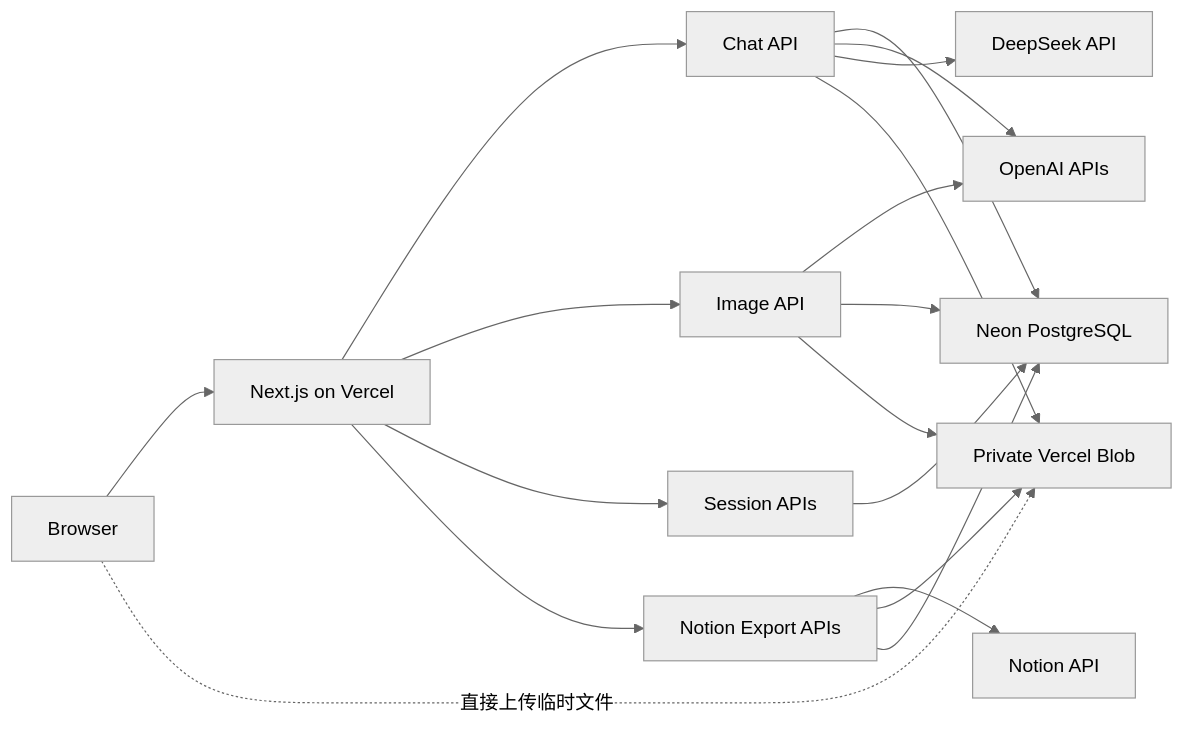
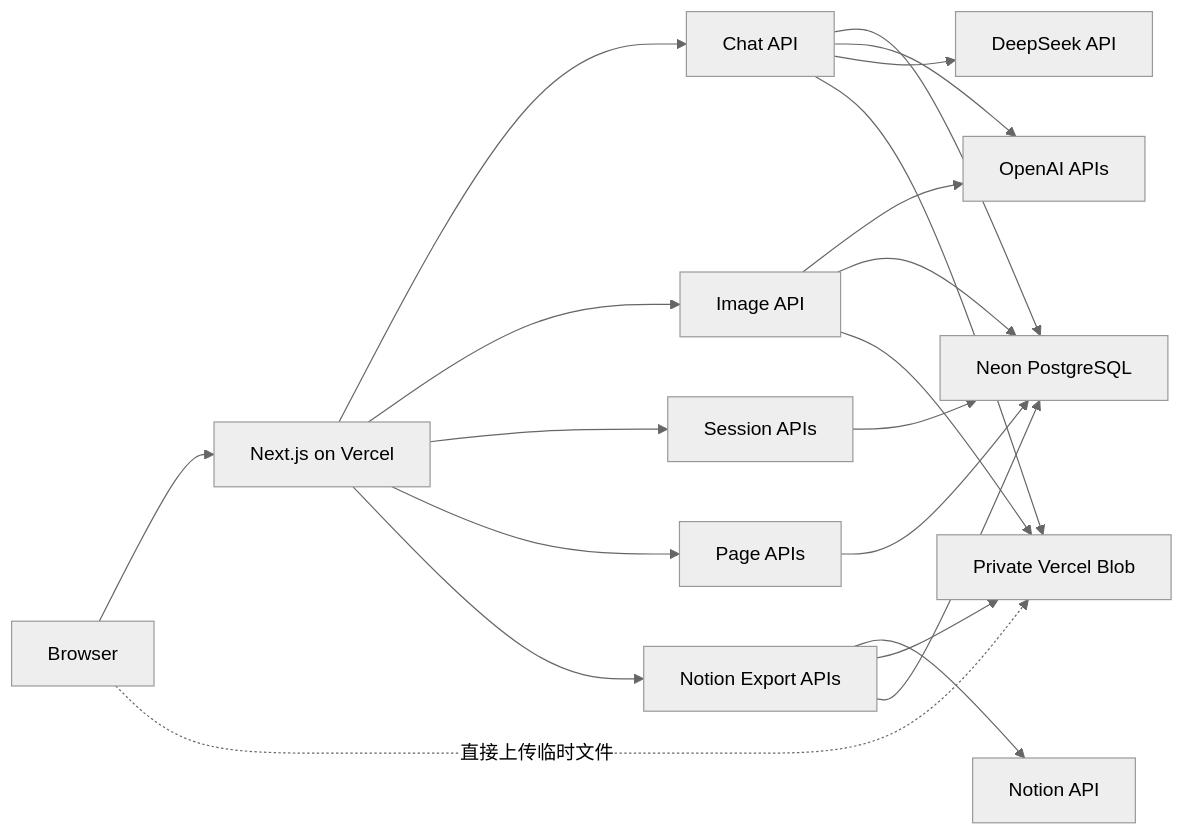
The diagram in docs/architecture/README.md (kakumine2001/NoteFable), drawn with Mermaid (neutral theme) before and after one commit. The commit also changed other lines of this file and 24 other files, not shown here.

````diff
--- a/docs/architecture/README.md
+++ b/docs/architecture/README.md
@@ -26,32 +27,35 @@
 ```mermaid
 flowchart LR
     Browser["Browser"]
     App["Next.js on Vercel"]
     Chat["Chat API"]
     Images["Image API"]
     Sessions["Session APIs"]
+    Pages["Page APIs"]
     NotionExport["Notion Export APIs"]
     Neon["Neon PostgreSQL"]
     Blob["Private Vercel Blob"]
     OpenAI["OpenAI APIs"]
     DeepSeek["DeepSeek API"]
     Notion["Notion API"]
 
     Browser --> App
     App --> Chat
     App --> Images
     App --> Sessions
+    App --> Pages
     App --> NotionExport
     Browser -.->|直接上传临时文件| Blob
     Chat --> Neon
     Chat --> OpenAI
     Chat --> DeepSeek
     Chat --> Blob
     Images --> OpenAI
     Images --> Neon
     Images --> Blob
     Sessions --> Neon
+    Pages --> Neon
     NotionExport --> Notion
     NotionExport --> Blob
     NotionExport --> Neon
 ```
````
